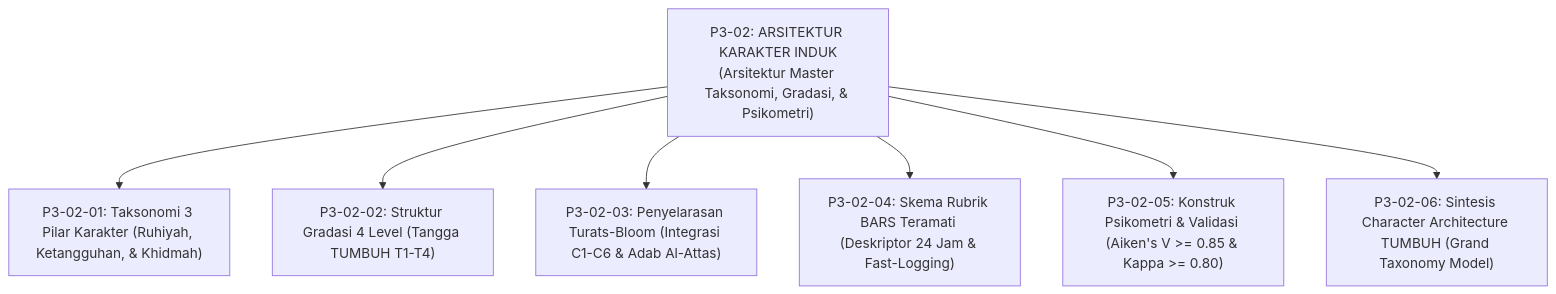
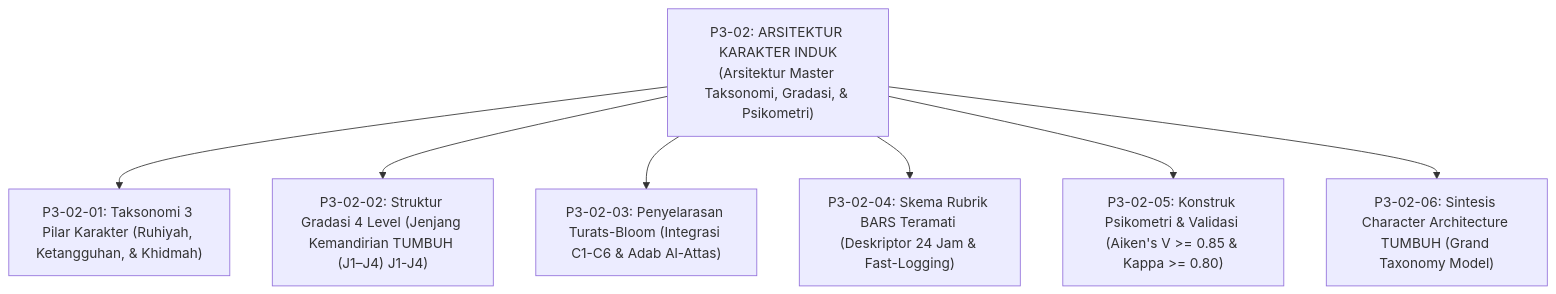
The second of 3 diagrams in 03 Capacity Framework/02 Character Architecture/P3-02-Arsitektur-Karakter-TUMBUH.md (wandiapriliyandi/tumbuh), drawn with Mermaid before and after one commit. The commit also changed other lines of this file and 209 other files, not shown here.

````diff
--- a/03 Capacity Framework/02 Character Architecture/P3-02-Arsitektur-Karakter-TUMBUH.md
+++ b/03 Capacity Framework/02 Character Architecture/P3-02-Arsitektur-Karakter-TUMBUH.md
@@ -63,11 +63,11 @@
 ```mermaid
 graph TD
     Master["P3-02: ARSITEKTUR KARAKTER INDUK<br/>(Arsitektur Master Taksonomi, Gradasi, & Psikometri)"]
     
     Master --> M1["P3-02-01: Taksonomi 3 Pilar Karakter (Ruhiyah, Ketangguhan, & Khidmah)"]
-    Master --> M2["P3-02-02: Struktur Gradasi 4 Level (Tangga TUMBUH T1-T4)"]
+    Master --> M2["P3-02-02: Struktur Gradasi 4 Level (Jenjang Kemandirian TUMBUH (J1–J4) J1-J4)"]
     Master --> M3["P3-02-03: Penyelarasan Turats-Bloom (Integrasi C1-C6 & Adab Al-Attas)"]
     Master --> M4["P3-02-04: Skema Rubrik BARS Teramati (Deskriptor 24 Jam & Fast-Logging)"]
     Master --> M5["P3-02-05: Konstruk Psikometri & Validasi (Aiken's V >= 0.85 & Kappa >= 0.80)"]
     Master --> M6["P3-02-06: Sintesis Character Architecture TUMBUH (Grand Taxonomy Model)"]
 ```
````
